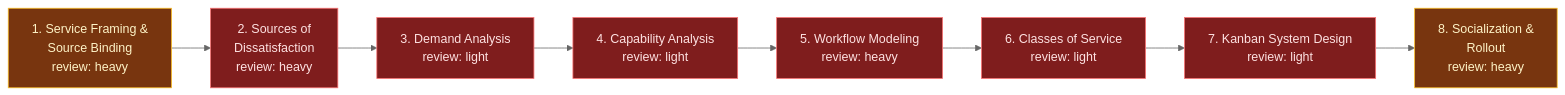
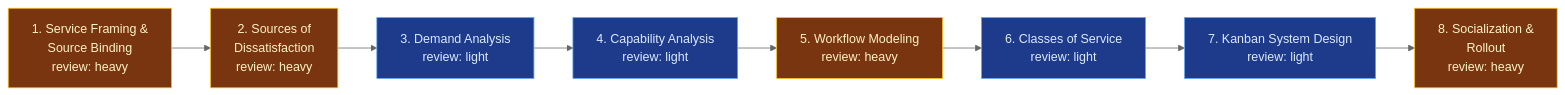
One commit to RafySauce/flow-lab changed the diagram in icp-flows/statik-adoption/HUB.md. Above: the diagram before and after it, drawn with Mermaid (neutral theme). The commit also changed other lines of this file and 19 other files, not shown here.

````diff
--- a/icp-flows/statik-adoption/HUB.md
+++ b/icp-flows/statik-adoption/HUB.md
@@ -57,17 +57,17 @@
 ```mermaid
 flowchart LR
     S1["1. Service Framing &amp;<br/>Source Binding<br/>review: heavy"]:::heavy
-    S2["2. Sources of<br/>Dissatisfaction<br/>review: heavy"]:::gap
-    S3["3. Demand Analysis<br/>review: light"]:::gap
-    S4["4. Capability Analysis<br/>review: light"]:::gap
-    S5["5. Workflow Modeling<br/>review: heavy"]:::gap
-    S6["6. Classes of Service<br/>review: light"]:::gap
-    S7["7. Kanban System Design<br/>review: light"]:::gap
+    S2["2. Sources of<br/>Dissatisfaction<br/>review: heavy"]:::heavy
+    S3["3. Demand Analysis<br/>review: light"]:::light
+    S4["4. Capability Analysis<br/>review: light"]:::light
+    S5["5. Workflow Modeling<br/>review: heavy"]:::heavy
+    S6["6. Classes of Service<br/>review: light"]:::light
+    S7["7. Kanban System Design<br/>review: light"]:::light
     S8["8. Socialization &amp;<br/>Rollout<br/>review: heavy"]:::heavy
 
     S1 --> S2 --> S3 --> S4 --> S5 --> S6 --> S7 --> S8
 
     classDef heavy fill:#78350f,stroke:#fbbf24,color:#fef3c7
     classDef light fill:#1e3a8a,stroke:#60a5fa,color:#dbeafe
     classDef gap   fill:#7f1d1d,stroke:#f87171,color:#fee2e2
 ```
````
